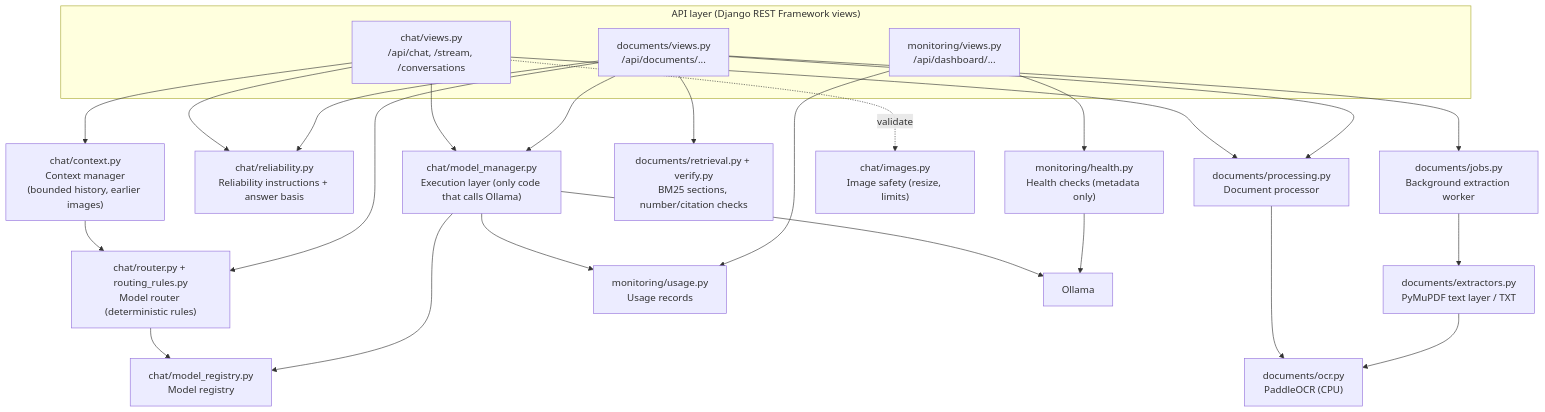
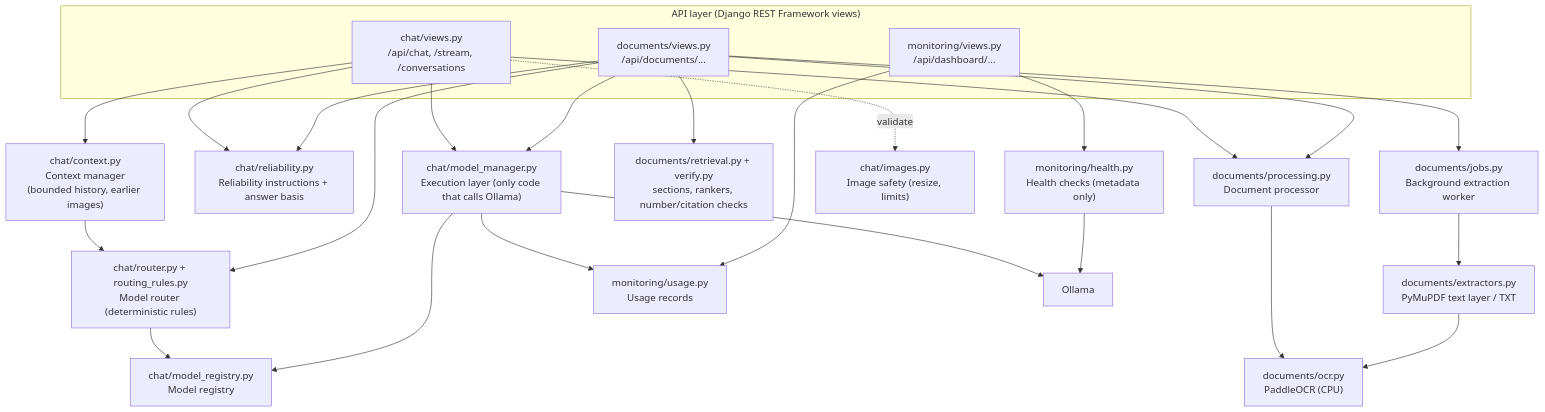
The second of 6 diagrams in README.md (OnishNimiwal/PlantEdge), drawn with Mermaid before and after one commit. The commit also changed other lines of this file and 57 other files, not shown here.

````diff
--- a/README.md
+++ b/README.md
@@ -186,40 +211,40 @@
 ```mermaid
 flowchart TB
     subgraph API["API layer (Django REST Framework views)"]
         CV["chat/views.py<br/>/api/chat, /stream, /conversations"]
         DV["documents/views.py<br/>/api/documents/..."]
         MV["monitoring/views.py<br/>/api/dashboard/..."]
     end
     CTX["chat/context.py<br/>Context manager<br/>(bounded history, earlier images)"]
     RT["chat/router.py + routing_rules.py<br/>Model router (deterministic rules)"]
     REL["chat/reliability.py<br/>Reliability instructions + answer basis"]
     PROC["documents/processing.py<br/>Document processor"]
     JOBS["documents/jobs.py<br/>Background extraction worker"]
-    RET["documents/retrieval.py + verify.py<br/>BM25 sections, number/citation checks"]
+    RET["documents/retrieval.py + verify.py<br/>sections, rankers, number/citation checks"]
     OCR["documents/ocr.py<br/>PaddleOCR (CPU)"]
     EXT["documents/extractors.py<br/>PyMuPDF text layer / TXT"]
     MM["chat/model_manager.py<br/>Execution layer (only code that calls Ollama)"]
     REG["chat/model_registry.py<br/>Model registry"]
     IMG["chat/images.py<br/>Image safety (resize, limits)"]
     USE["monitoring/usage.py<br/>Usage records"]
     HLTH["monitoring/health.py<br/>Health checks (metadata only)"]
     OL["Ollama"]
 
     CV --> CTX --> RT
     CV --> REL
     CV --> PROC --> OCR
     DV --> JOBS --> EXT --> OCR
     DV --> RET
     DV --> RT
     DV --> REL
     DV --> PROC
     CV --> MM
     DV --> MM
     CV -. validate .-> IMG
     RT --> REG
     MM --> REG
     MM --> USE
     MM --> OL
     MV --> USE
     MV --> HLTH --> OL
 ```
````
